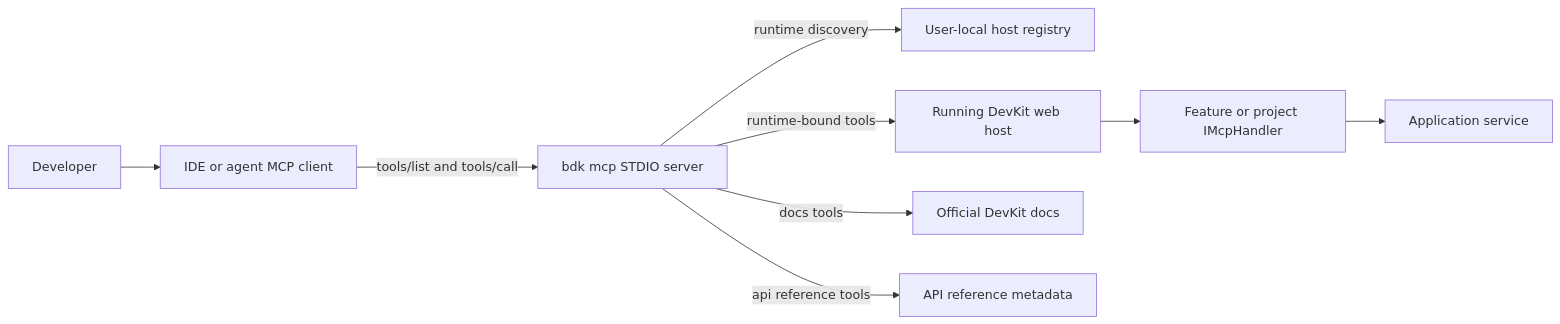
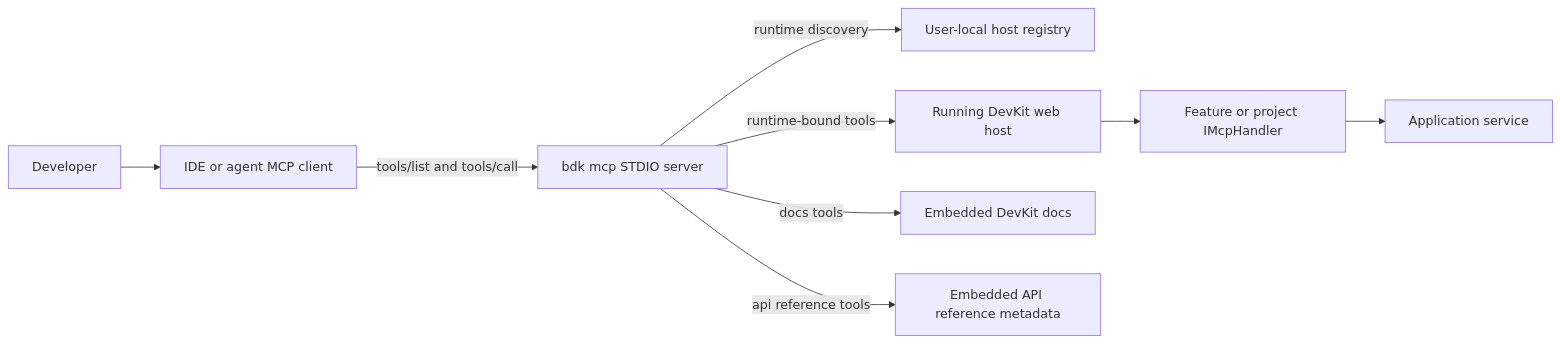
One commit to BridgingIT-GmbH/bITdevKit changed the first of 3 diagrams in docs/features-cli-mcp.md. Above: the diagram before and after it, drawn with Mermaid. The commit also changed other lines of this file and 30 other files, not shown here.

````diff
--- a/docs/features-cli-mcp.md
+++ b/docs/features-cli-mcp.md
@@ -50,21 +50,21 @@
 ```mermaid
 flowchart LR
     Developer["Developer"]
     Agent["IDE or agent MCP client"]
     Cli["bdk mcp STDIO server"]
     Registry["User-local host registry"]
     Host["Running DevKit web host"]
     Handler["Feature or project IMcpHandler"]
     Service["Application service"]
-    Docs["Official DevKit docs"]
-    Api["API reference metadata"]
+    Docs["Embedded DevKit docs"]
+    Api["Embedded API reference metadata"]
 
     Developer --> Agent
     Agent -->|"tools/list and tools/call"| Cli
     Cli -->|"runtime discovery"| Registry
     Cli -->|"runtime-bound tools"| Host
     Host --> Handler
     Handler --> Service
     Cli -->|"docs tools"| Docs
     Cli -->|"api reference tools"| Api
 ```
````
